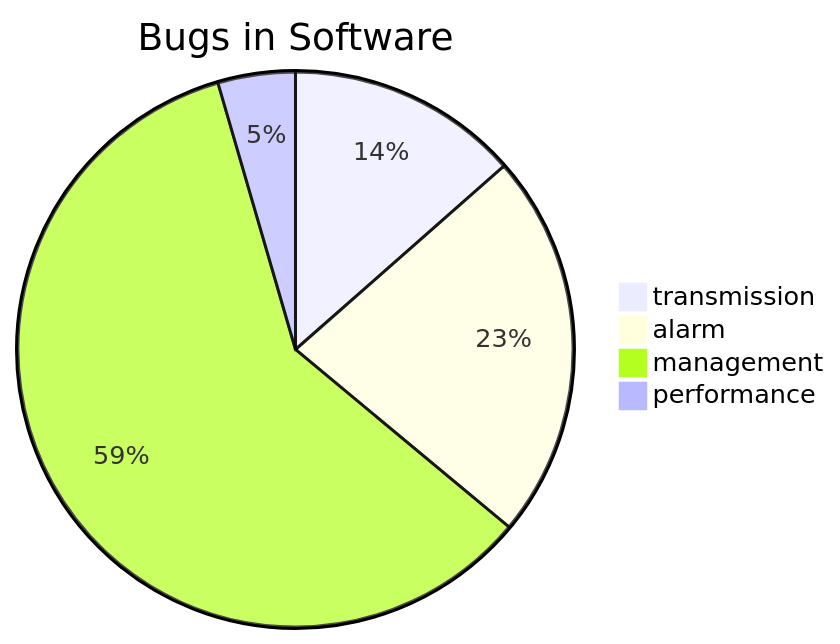
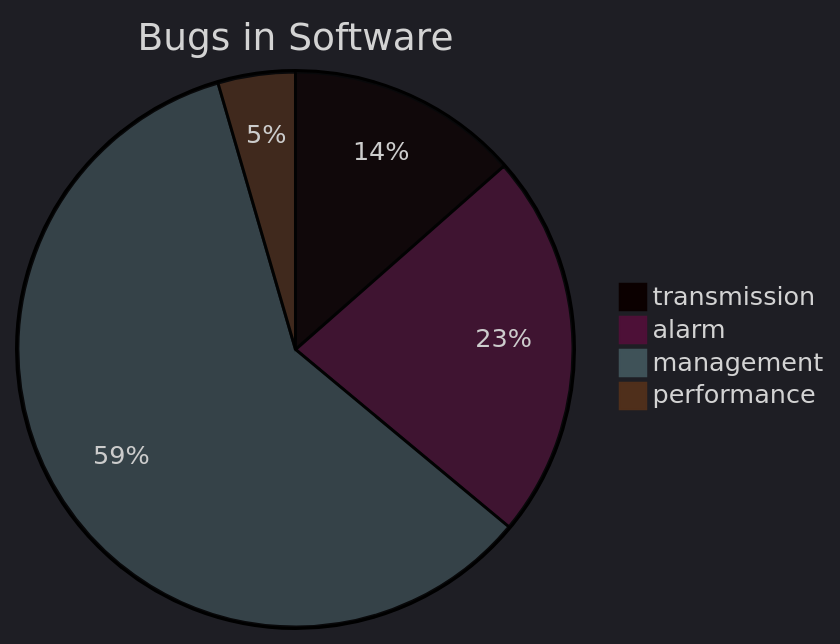
The eighth of 10 diagrams in _posts/2022-05-01-test-mathjax-with-mermaid.md (jeffatoptics/jeff-minima), drawn with Mermaid before and after one commit. The commit also changed 2 other files, not shown here.

Commit message:
try mermaid

```diff
--- a/_posts/2022-05-01-test-mathjax-with-mermaid.md
+++ b/_posts/2022-05-01-test-mathjax-with-mermaid.md
@@ -120,8 +120,10 @@
 <div class="mermaid">
+%%{init: {'theme':'dark'}}%%
+
 pie
     title Bugs in Software
     "transmission" : 15.00
     "alarm" : 25
     "management" : 66
     "performance" : 5
 </div>
```
